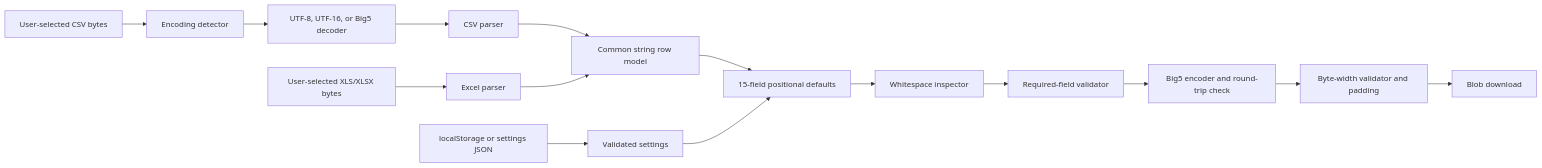
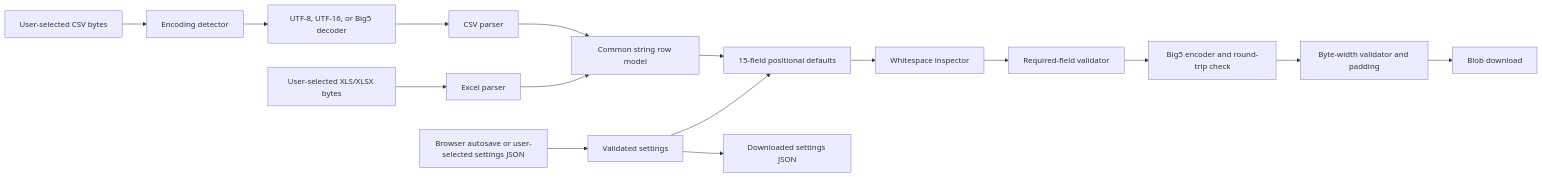
Before and after one commit to sleek874/csv2txt: the diagram in docs/DESIGN.md, drawn with Mermaid. The commit also changed other lines of this file and 5 other files, not shown here.

````diff
--- a/docs/DESIGN.md
+++ b/docs/DESIGN.md
@@ -610,17 +620,18 @@
 ```mermaid
 flowchart LR
     A[User-selected CSV bytes] --> B[Encoding detector]
     B --> C[UTF-8, UTF-16, or Big5 decoder]
     C --> D[CSV parser]
     X[User-selected XLS/XLSX bytes] --> Y[Excel parser]
     D --> N[Common string row model]
     Y --> N
     N --> E[15-field positional defaults]
     S[Validated settings] --> E
     E --> W[Whitespace inspector]
     W --> F[Required-field validator]
     F --> G[Big5 encoder and round-trip check]
     G --> H[Byte-width validator and padding]
     H --> I[Blob download]
-    L[localStorage or settings JSON] --> S
+    L[Browser autosave or user-selected settings JSON] --> S
+    S --> J[Downloaded settings JSON]
 ```
````
